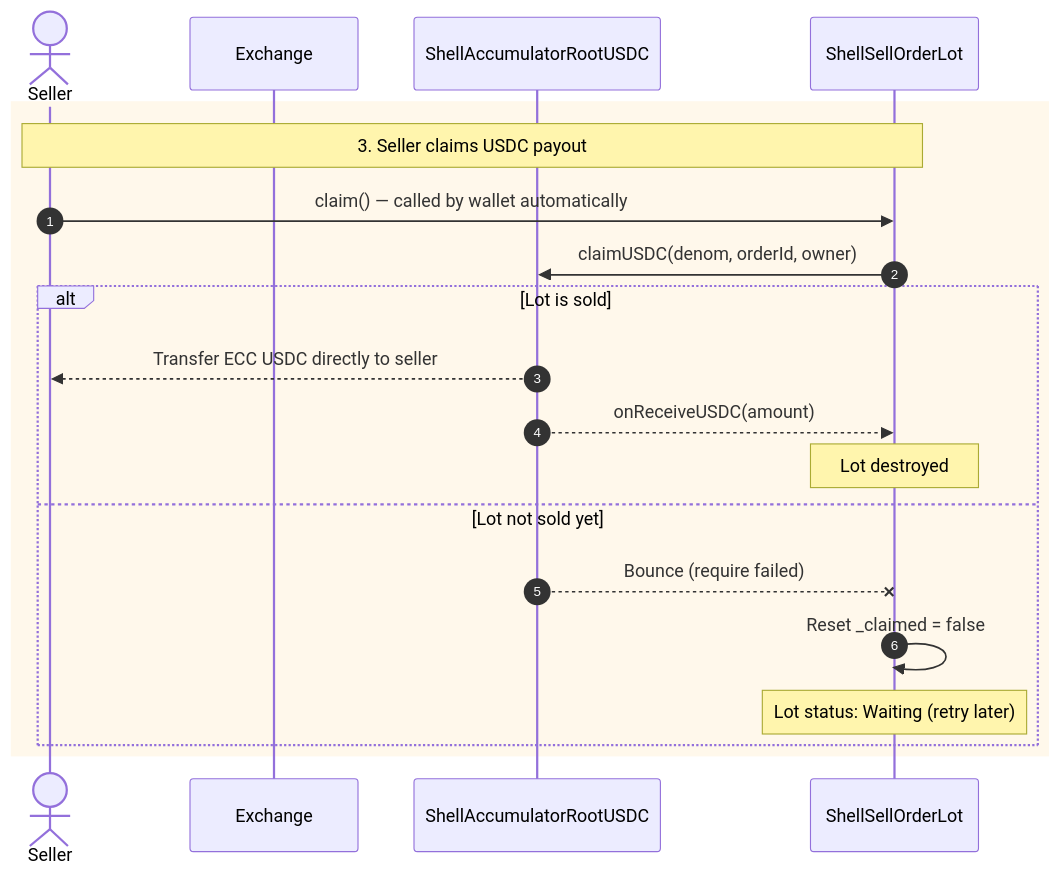
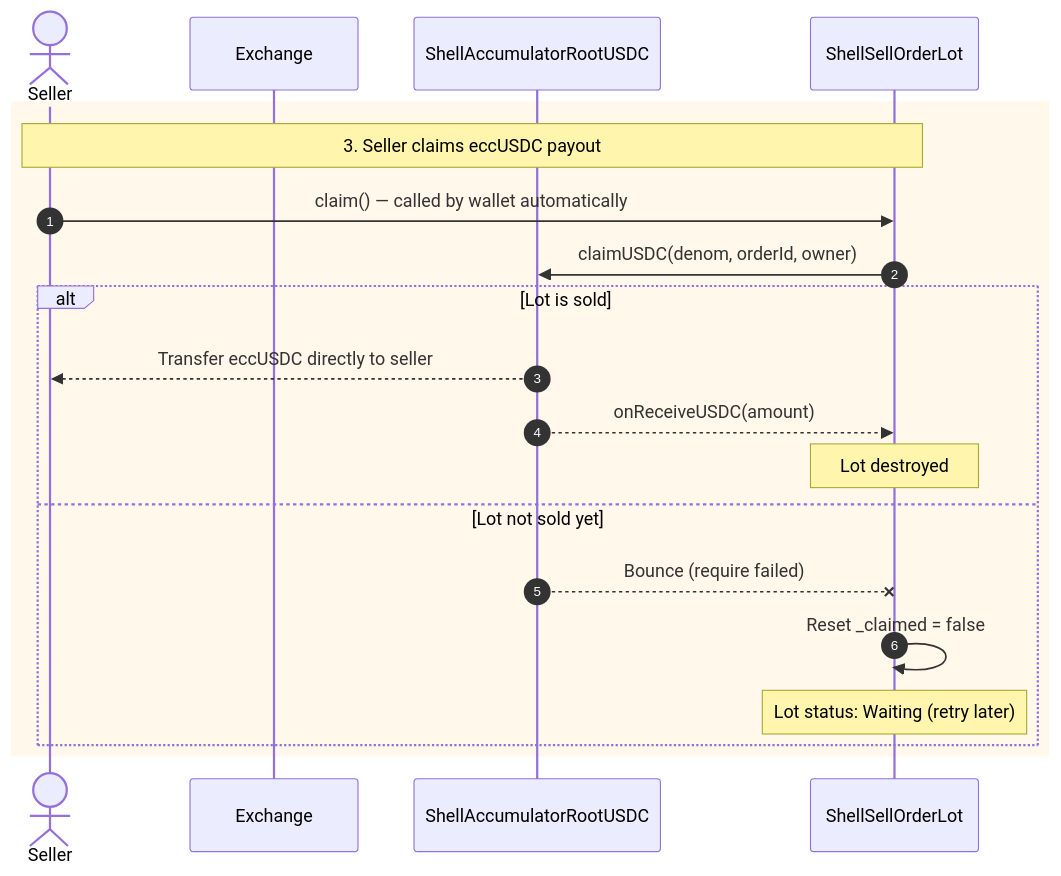
The fourth of 5 diagrams in docs/accumulator-contract-system/sell-buy-burn-flows.md (tvmlabs/tvm-sdk), drawn with Mermaid before and after one commit. The commit also changed other lines of this file and 4 other files, not shown here.

Commit message:
GITBOOK-87: rename USDC -> eccUSDC

````diff
--- a/docs/accumulator-contract-system/sell-buy-burn-flows.md
+++ b/docs/accumulator-contract-system/sell-buy-burn-flows.md
@@ -167,23 +167,23 @@
 ```mermaid
 sequenceDiagram
     autonumber
     actor Seller
     participant Exchange
     participant Accumulator as ShellAccumulatorRootUSDC
     participant SellOrder as ShellSellOrderLot
 
     rect rgb(255, 248, 235)
-        Note over Seller,SellOrder: 3. Seller claims USDC payout
+        Note over Seller,SellOrder: 3. Seller claims eccUSDC payout
         Seller->>SellOrder: claim() — called by wallet automatically
         SellOrder->>Accumulator: claimUSDC(denom, orderId, owner)
         alt Lot is sold
-            Accumulator-->>Seller: Transfer ECC USDC directly to seller
+            Accumulator-->>Seller: Transfer eccUSDC directly to seller
             Accumulator-->>SellOrder: onReceiveUSDC(amount)
             Note over SellOrder: Lot destroyed
         else Lot not sold yet
             Accumulator--xSellOrder: Bounce (require failed)
             SellOrder->>SellOrder: Reset _claimed = false
             Note over SellOrder: Lot status: Waiting (retry later)
         end
     end
 ```
````
